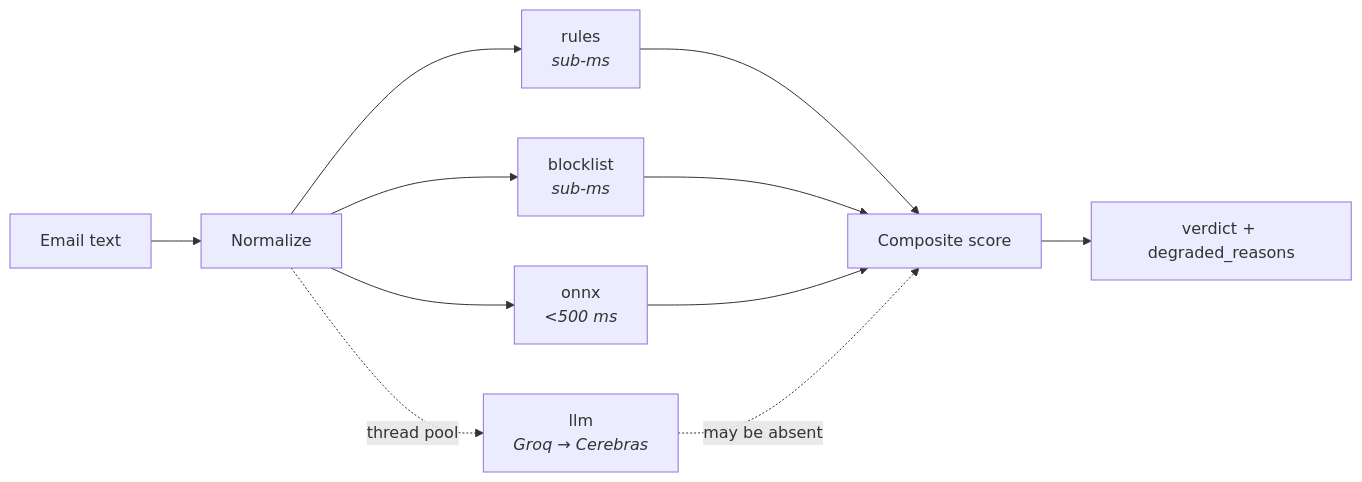
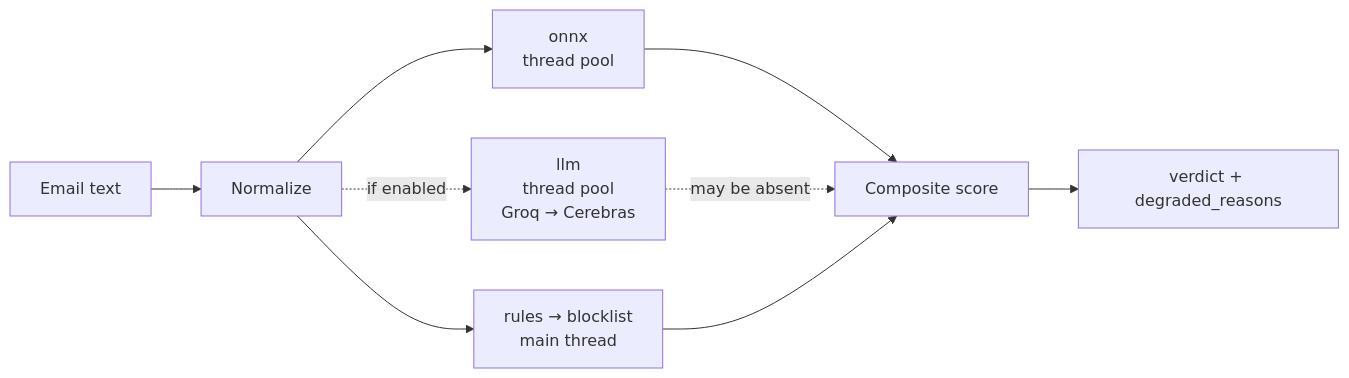
Before and after one commit to MichAdebayo/sicurre-ml: the second of 2 diagrams in README.md, drawn with Mermaid. The commit also changed other lines of this file and 2 other files, not shown here.

````diff
--- a/README.md
+++ b/README.md
@@ -76,13 +75,11 @@
 ```mermaid
 flowchart LR
     IN["Email text"] --> N["Normalize"]
-    N --> R["rules<br/><i>sub-ms</i>"]
-    N --> B["blocklist<br/><i>sub-ms</i>"]
-    N --> O["onnx<br/><i>&lt;500 ms</i>"]
-    N -.->|"thread pool"| L["llm<br/><i>Groq → Cerebras</i>"]
-    R --> C["Composite score"]
-    B --> C
-    O --> C
+    N --> O["onnx<br/>thread pool"]
+    N -.->|"if enabled"| L["llm<br/>thread pool<br/>Groq → Cerebras"]
+    N --> S["rules → blocklist<br/>main thread"]
+    O --> C["Composite score"]
     L -.->|"may be absent"| C
+    S --> C
     C --> V["verdict + degraded_reasons"]
 ```
````
